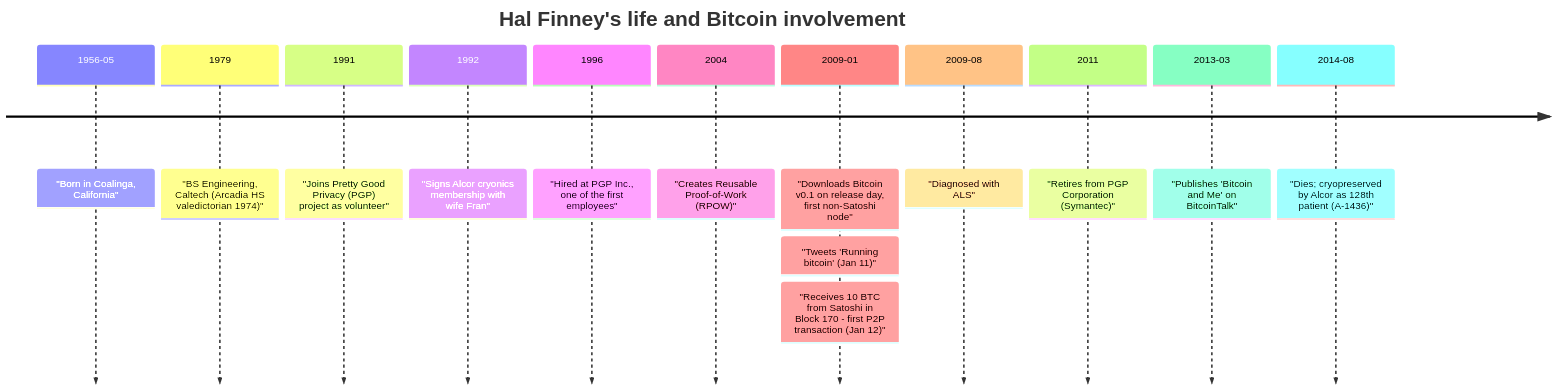
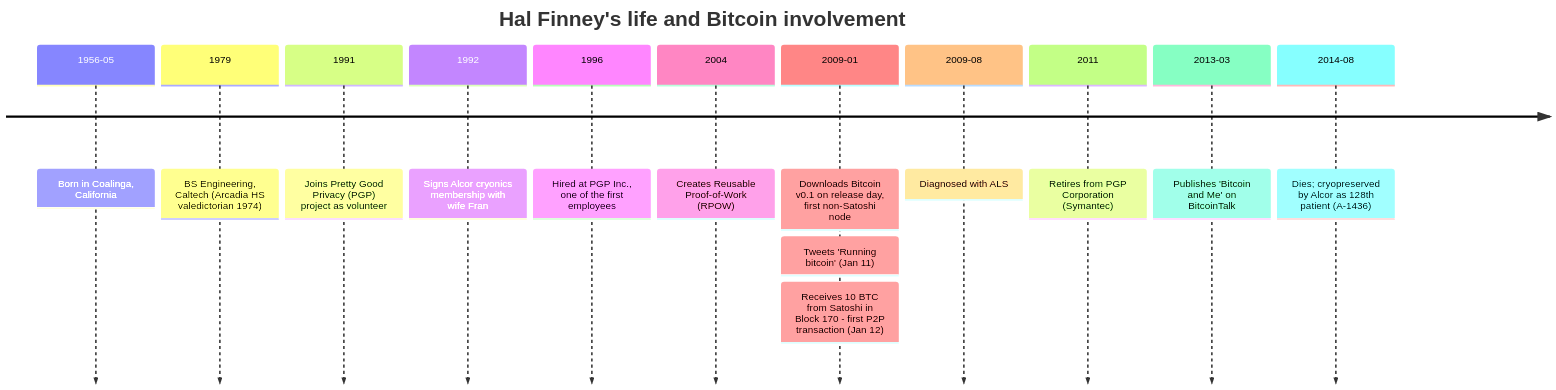
The diagram in src/data/entries/en/aftermath/2014-08-28-hal-finney-biography.md (cypher256/BitcoinArchive), drawn with Mermaid before and after one commit. The commit also changed 12 other files, not shown here.

First line of the commit message:
Mermaid timelines: drop literal double-quotes around event text

````diff
--- a/src/data/entries/en/aftermath/2014-08-28-hal-finney-biography.md
+++ b/src/data/entries/en/aftermath/2014-08-28-hal-finney-biography.md
@@ -61,17 +61,17 @@
 ```mermaid
 timeline
     title Hal Finney's life and Bitcoin involvement
-    1956-05 : "Born in Coalinga, California"
-    1979 : "BS Engineering, Caltech (Arcadia HS valedictorian 1974)"
-    1991 : "Joins Pretty Good Privacy (PGP) project as volunteer"
-    1992 : "Signs Alcor cryonics membership with wife Fran"
-    1996 : "Hired at PGP Inc., one of the first employees"
-    2004 : "Creates Reusable Proof-of-Work (RPOW)"
-    2009-01 : "Downloads Bitcoin v0.1 on release day, first non-Satoshi node"
-            : "Tweets 'Running bitcoin' (Jan 11)"
-            : "Receives 10 BTC from Satoshi in Block 170 - first P2P transaction (Jan 12)"
-    2009-08 : "Diagnosed with ALS"
-    2011 : "Retires from PGP Corporation (Symantec)"
-    2013-03 : "Publishes 'Bitcoin and Me' on BitcoinTalk"
-    2014-08 : "Dies; cryopreserved by Alcor as 128th patient (A-1436)"
+    1956-05 : Born in Coalinga, California
+    1979 : BS Engineering, Caltech (Arcadia HS valedictorian 1974)
+    1991 : Joins Pretty Good Privacy (PGP) project as volunteer
+    1992 : Signs Alcor cryonics membership with wife Fran
+    1996 : Hired at PGP Inc., one of the first employees
+    2004 : Creates Reusable Proof-of-Work (RPOW)
+    2009-01 : Downloads Bitcoin v0.1 on release day, first non-Satoshi node
+            : Tweets 'Running bitcoin' (Jan 11)
+            : Receives 10 BTC from Satoshi in Block 170 - first P2P transaction (Jan 12)
+    2009-08 : Diagnosed with ALS
+    2011 : Retires from PGP Corporation (Symantec)
+    2013-03 : Publishes 'Bitcoin and Me' on BitcoinTalk
+    2014-08 : Dies; cryopreserved by Alcor as 128th patient (A-1436)
 ```
````
